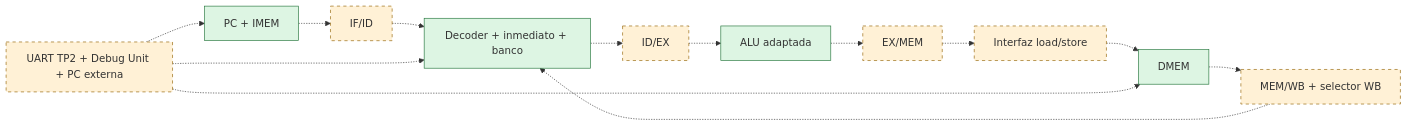
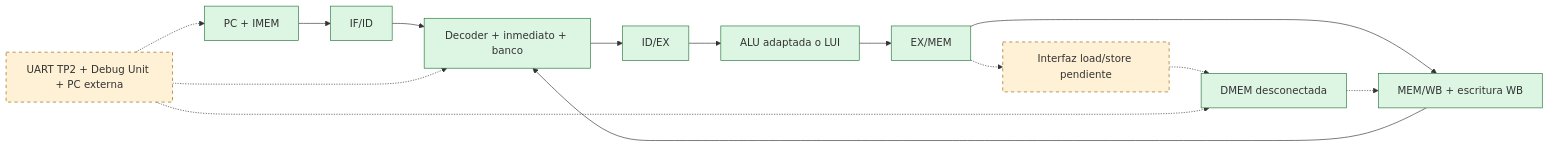
The diagram in TP3/README.md (SofiViale/Arqui-TPs), drawn with Mermaid before and after one commit. The commit also changed other lines of this file and 10 other files, not shown here.

````diff
--- a/TP3/README.md
+++ b/TP3/README.md
@@ -74,19 +82,20 @@
 ```mermaid
 flowchart LR
-    P[PC + IMEM] -.-> F[IF/ID]
-    F -.-> D[Decoder + inmediato + banco]
-    D -.-> I[ID/EX]
-    I -.-> A[ALU adaptada]
-    A -.-> E[EX/MEM]
-    E -.-> M[Interfaz load/store]
-    M -.-> RAM[DMEM]
-    RAM -.-> W[MEM/WB + selector WB]
-    W -.-> D
+    P[PC + IMEM] --> F[IF/ID]
+    F --> D[Decoder + inmediato + banco]
+    D --> I[ID/EX]
+    I --> A[ALU adaptada o LUI]
+    A --> E[EX/MEM]
+    E --> W[MEM/WB + escritura WB]
+    W --> D
+    E -.-> M[Interfaz load/store pendiente]
+    M -.-> RAM[DMEM desconectada]
+    RAM -.-> W
     U[UART TP2 + Debug Unit + PC externa] -.-> P
     U -.-> D
     U -.-> RAM
     classDef ready fill:#ddf5e3,stroke:#24753b;
     classDef future fill:#fff1d6,stroke:#936200,stroke-dasharray:5 5;
-    class P,D,A,RAM ready;
-    class F,I,E,M,W,U future;
+    class P,D,A,RAM,F,I,E,W ready;
+    class M,U future;
 ```
````
